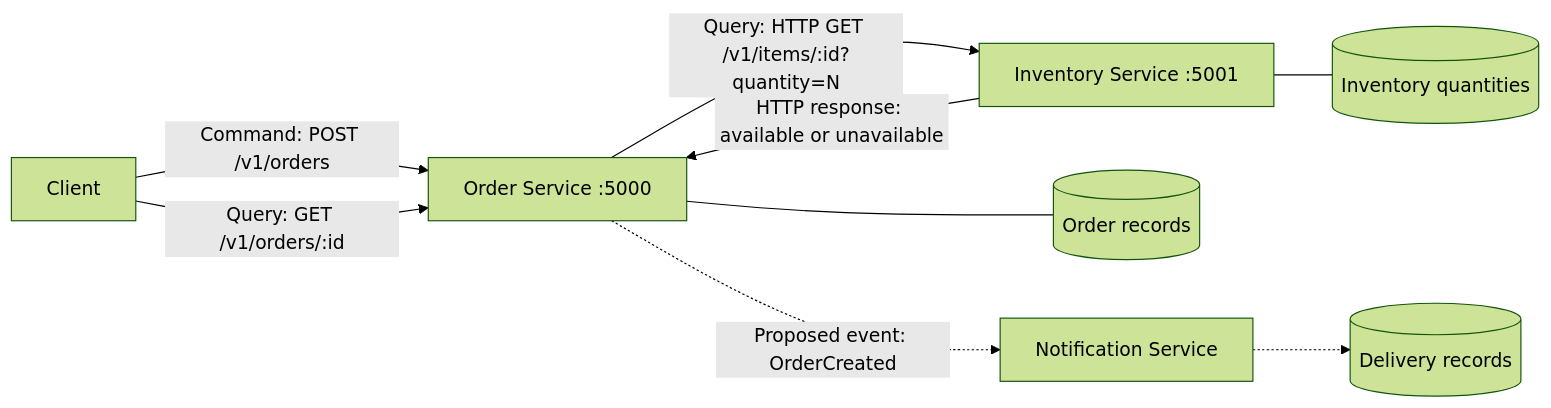
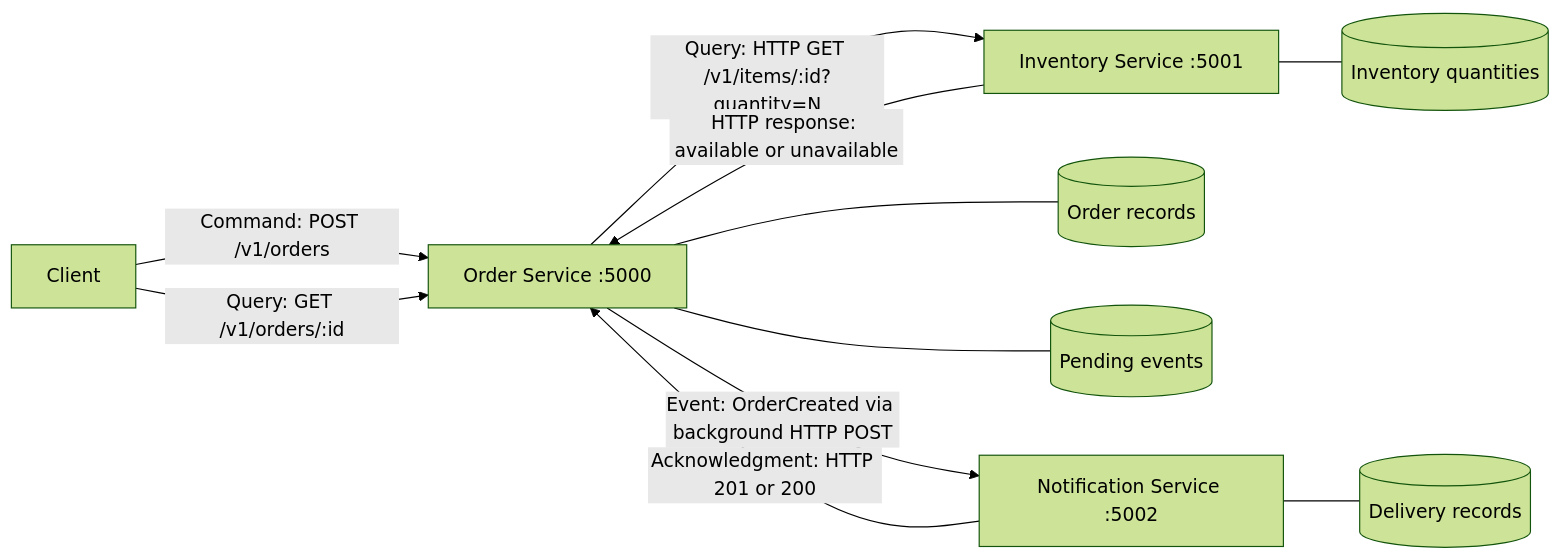
One commit to LW1N/cmpe273 changed the diagram in module-04-lab/README.md. Above: the diagram before and after it, drawn with Mermaid (forest theme). The commit also changed other lines of this file and 5 other files, not shown here.

Commit message:
Notification service and README finishing touches

````diff
--- a/module-04-lab/README.md
+++ b/module-04-lab/README.md
@@ -9,11 +10,13 @@
 ```mermaid
 flowchart LR
     Client[Client] -->|Command: POST /v1/orders| Order[Order Service :5000]
     Client -->|Query: GET /v1/orders/:id| Order
     Order -->|Query: HTTP GET /v1/items/:id?quantity=N| Inventory[Inventory Service :5001]
     Inventory -->|HTTP response: available or unavailable| Order
     Order --- Orders[(Order records)]
     Inventory --- Stock[(Inventory quantities)]
-    Order -.->|Proposed event: OrderCreated| Notification[Notification Service]
-    Notification -.-> Delivery[(Delivery records)]
+    Order --- Queue[(Pending events)]
+    Order -->|Event: OrderCreated via background HTTP POST| Notification[Notification Service :5002]
+    Notification -->|Acknowledgment: HTTP 201 or 200| Order
+    Notification --- Delivery[(Delivery records)]
 ```
````
